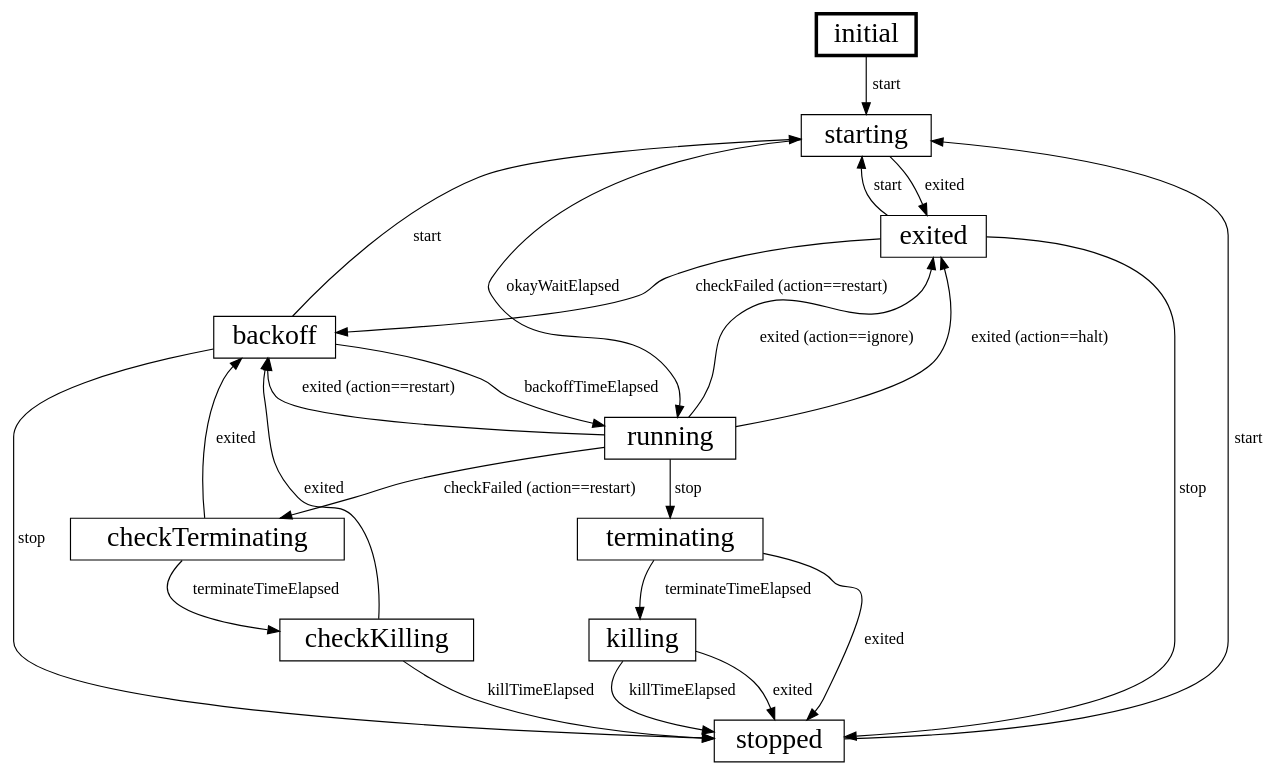
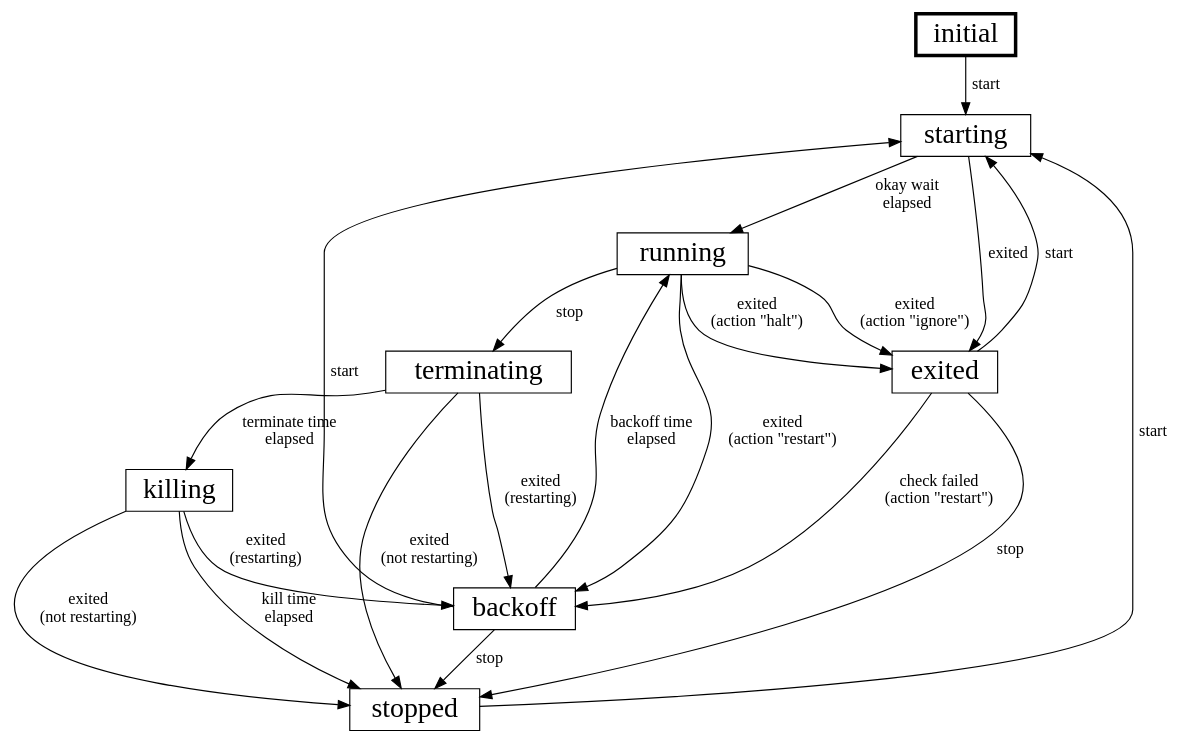
One commit to canonical/pebble changed the diagram in internal/overlord/servstate/state-diagram.dot. Above: the diagram before and after it, drawn with Graphviz. The commit also changed 2 other files, not shown here.

Commit message:
Remove "check" states and use restarting bool instead
Makes the state machine somewhat simpler at the expense of an
additional state variable

```diff
--- a/internal/overlord/servstate/state-diagram.dot
+++ b/internal/overlord/servstate/state-diagram.dot
@@ -1,27 +1,24 @@
 # Create SVG with the following graphviz command:
 #
 # dot -Tsvg internal/overlord/servstate/state-diagram.dot -o ./internal/overlord/servstate/state-diagram.svg
 
 digraph service_state_machine {
     node [penwidth=3 shape=box fontsize=24] initial
     node [penwidth=1]
+    initial -> starting [label="start"]
+    starting -> running [label="okay wait\nelapsed"]
+    running -> terminating [label="stop"]
+    terminating -> killing [label="terminate time\nelapsed"]
+    {terminating, killing} -> stopped [label="exited\n(not restarting)"]
+    {terminating, killing} -> backoff [label="exited\n(restarting)"]
+    exited -> stopped [label="stop"]
+    starting -> exited [label="exited"]
     {backoff, stopped, exited} -> starting [label="start"]
-    exited -> stopped [label="stop"]
-    initial -> starting [label="start"]
-    starting -> running [label="okayWaitElapsed"]
-    starting -> exited [label="exited"]
-    running -> exited [label="exited (action==ignore)"]
-    running -> exited [label="exited (action==halt)"]
-    running -> backoff [label="exited (action==restart)"]
-    {terminating, killing} -> stopped [label="exited"]
-    {checkTerminating, checkKilling} -> backoff [label="exited"]
-    running -> terminating [label="stop"]
+    running -> exited [label="exited\n(action \"ignore\")"]
+    running -> exited [label="exited\n(action \"halt\")"]
+    running -> backoff [label="exited\n(action \"restart\")"]
     backoff -> stopped [label="stop"]
-    backoff -> running [label="backoffTimeElapsed"]
-    terminating -> killing [label="terminateTimeElapsed"]
-    checkTerminating -> checkKilling [label="terminateTimeElapsed"]
-    killing -> stopped [label="killTimeElapsed"]
-    checkKilling -> stopped [label="killTimeElapsed"]
-    running -> checkTerminating [label="checkFailed (action==restart)"]
-    exited -> backoff [label="checkFailed (action==restart)"]
+    backoff -> running [label="backoff time\nelapsed"]
+    killing -> stopped [label="kill time\nelapsed"]
+    exited -> backoff [label="check failed\n(action \"restart\")"]
 }
```
